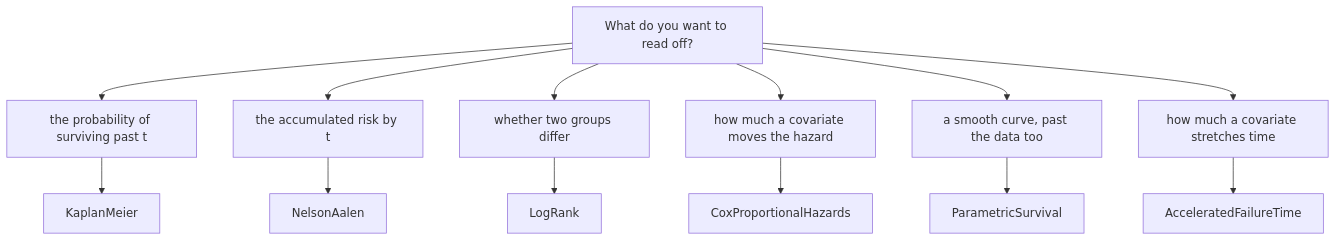
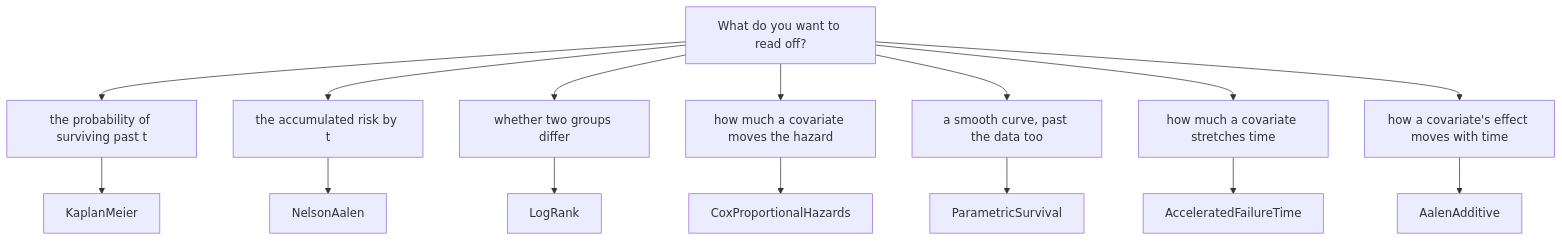
The diagram in docs/reference/survival/estimators.md (CyrilB1531/lodestar), drawn with Mermaid before and after one commit. The commit also changed other lines of this file and 36 other files, not shown here.

First line of the commit message:
Add Aalen's additive hazards model at lifelines parity

````diff
--- a/docs/reference/survival/estimators.md
+++ b/docs/reference/survival/estimators.md
@@ -25,15 +25,17 @@
 ```mermaid
 flowchart TD
     A["What do you want to read off?"] --> B["the probability of surviving past t"]
     A --> C["the accumulated risk by t"]
     A --> D["whether two groups differ"]
     A --> H["how much a covariate moves the hazard"]
     B --> E["KaplanMeier"]
     C --> F["NelsonAalen"]
     D --> G["LogRank"]
     H --> I["CoxProportionalHazards"]
     A --> J["a smooth curve, past the data too"]
     J --> K["ParametricSurvival"]
     A --> L["how much a covariate stretches time"]
     L --> M["AcceleratedFailureTime"]
+    A --> N["how a covariate's effect moves with time"]
+    N --> O["AalenAdditive"]
 ```
````
